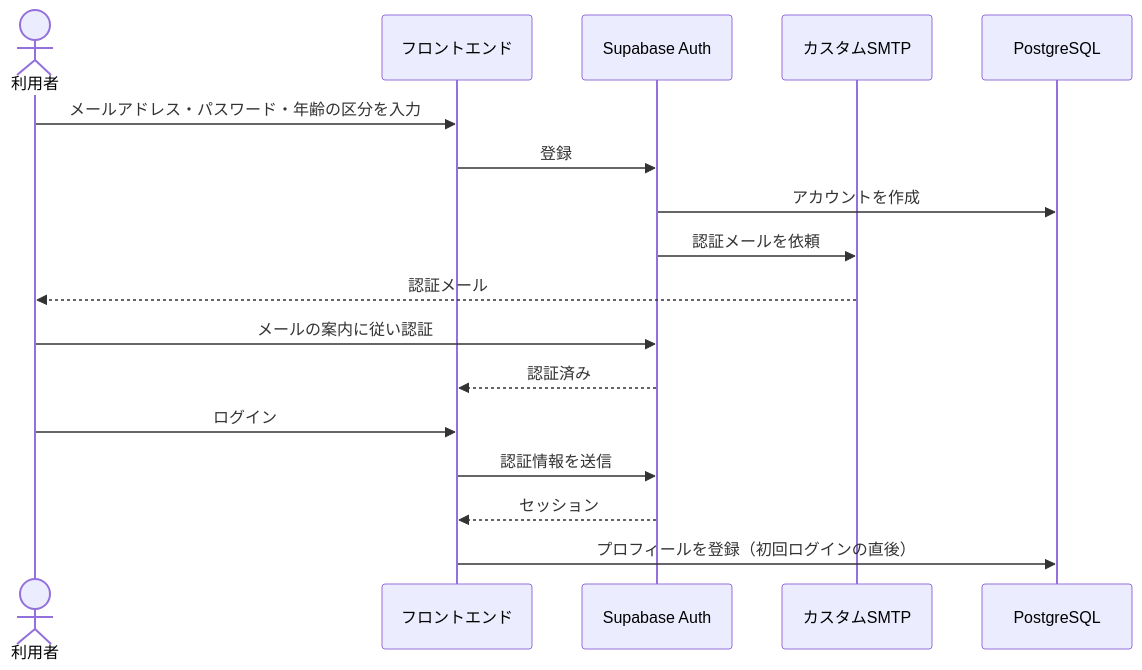
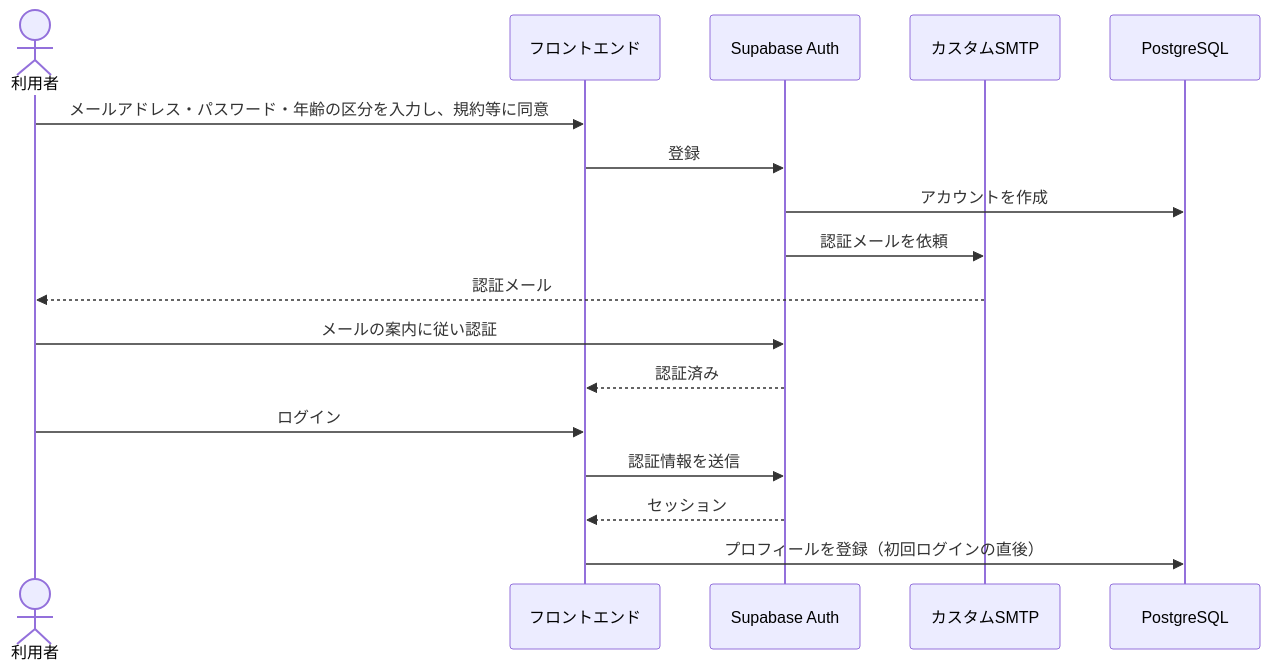
The second of 8 diagrams in docs/07_システムアーキテクチャ.md (sysnovastudio-byte/nagoya-volleyball-matching), drawn with Mermaid before and after one commit. The commit also changed other lines of this file and 11 other files, not shown here.

````diff
--- a/docs/07_システムアーキテクチャ.md
+++ b/docs/07_システムアーキテクチャ.md
@@ -55,19 +55,19 @@
 ```mermaid
 sequenceDiagram
     actor U as 利用者
     participant F as フロントエンド
     participant A as Supabase Auth
     participant M as カスタムSMTP
     participant D as PostgreSQL
-    U->>F: メールアドレス・パスワード・年齢の区分を入力
+    U->>F: メールアドレス・パスワード・年齢の区分を入力し、規約等に同意
     F->>A: 登録
     A->>D: アカウントを作成
     A->>M: 認証メールを依頼
     M-->>U: 認証メール
     U->>A: メールの案内に従い認証
     A-->>F: 認証済み
     U->>F: ログイン
     F->>A: 認証情報を送信
     A-->>F: セッション
     F->>D: プロフィールを登録（初回ログインの直後）
 ```
````
